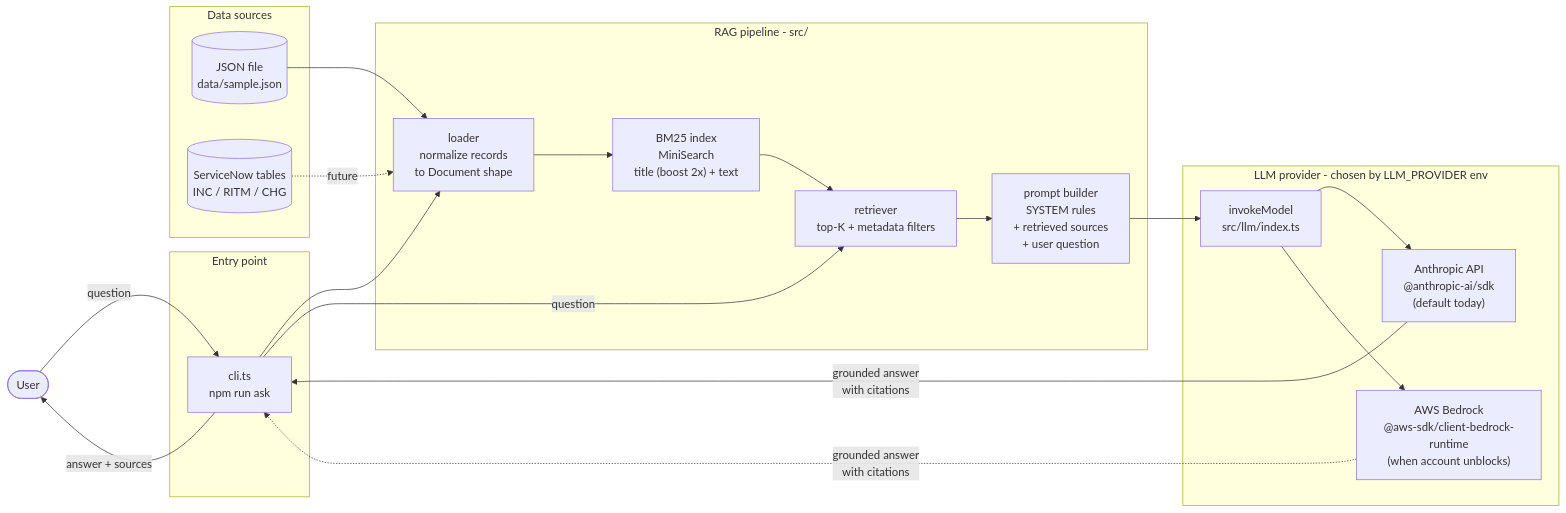
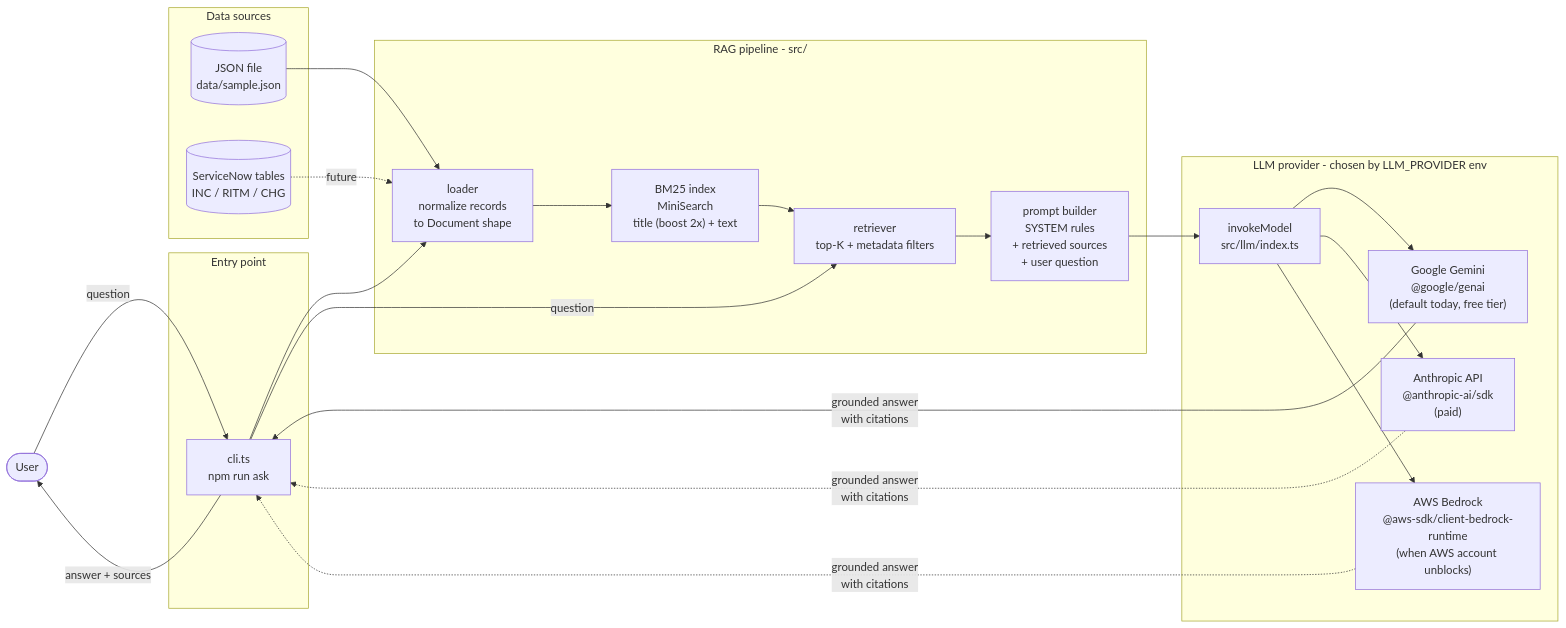
The first of 5 diagrams in docs/architecture.md (mdasiff/vectorless-rag-nodejs), drawn with Mermaid before and after one commit. The commit also changed other lines of this file and 7 other files, not shown here.

First line of the commit message:
Add Google Gemini as third LLM provider (free tier, no billing wall)

````diff
--- a/docs/architecture.md
+++ b/docs/architecture.md
@@ -22,41 +22,44 @@
 ```mermaid
 flowchart LR
     User([User])
 
     subgraph CLI [Entry point]
         cli["cli.ts<br/>npm run ask"]
     end
 
     subgraph Sources [Data sources]
         json[("JSON file<br/>data/sample.json")]
         sn[("ServiceNow tables<br/>INC / RITM / CHG")]
     end
 
     subgraph Pipeline [RAG pipeline - src/]
         loader["loader<br/>normalize records<br/>to Document shape"]
         index["BM25 index<br/>MiniSearch<br/>title (boost 2x) + text"]
         retriever["retriever<br/>top-K + metadata filters"]
         prompt["prompt builder<br/>SYSTEM rules<br/>+ retrieved sources<br/>+ user question"]
     end
 
     subgraph LLM [LLM provider - chosen by LLM_PROVIDER env]
         factory["invokeModel<br/>src/llm/index.ts"]
-        anthropic["Anthropic API<br/>@anthropic-ai/sdk<br/>(default today)"]
-        bedrock["AWS Bedrock<br/>@aws-sdk/client-bedrock-runtime<br/>(when account unblocks)"]
+        gemini["Google Gemini<br/>@google/genai<br/>(default today, free tier)"]
+        anthropic["Anthropic API<br/>@anthropic-ai/sdk<br/>(paid)"]
+        bedrock["AWS Bedrock<br/>@aws-sdk/client-bedrock-runtime<br/>(when AWS account unblocks)"]
+        factory --> gemini
         factory --> anthropic
         factory --> bedrock
     end
 
     User -->|question| cli
     cli --> loader
     json --> loader
     sn -. future .-> loader
     loader --> index
     index --> retriever
     cli -->|question| retriever
     retriever --> prompt
     prompt --> factory
-    anthropic -->|grounded answer<br/>with citations| cli
+    gemini -->|grounded answer<br/>with citations| cli
+    anthropic -.->|grounded answer<br/>with citations| cli
     bedrock -.->|grounded answer<br/>with citations| cli
     cli -->|answer + sources| User
 ```
````
